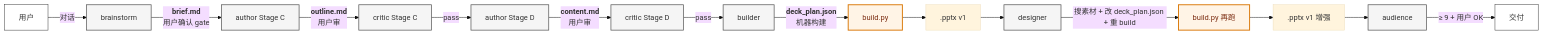
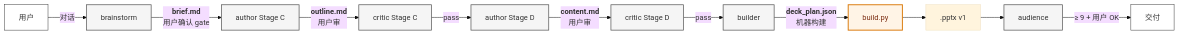
One commit to pcliangx/iLovePPT changed the ninth of 11 diagrams in docs/agent-internals.zh.md. Above: the diagram before and after it, drawn with Mermaid (base theme). The commit also changed other lines of this file and 8 other files, not shown here.

````diff
--- a/docs/agent-internals.zh.md
+++ b/docs/agent-internals.zh.md
@@ -584,25 +531,22 @@
 ```mermaid
 flowchart LR
     U[用户] -->|对话| BS[brainstorm]
     BS -->|<b>brief.md</b><br/>用户确认 gate| AU1[author Stage C]
     AU1 -->|<b>outline.md</b><br/>用户审| CR1[critic Stage C]
     CR1 -->|pass| AU2[author Stage D]
     AU2 -->|<b>content.md</b><br/>用户审| CR2[critic Stage D]
     CR2 -->|pass| BD[builder]
     BD -->|<b>deck_plan.json</b><br/>机器构建| BP[build.py]
     BP --> PPTX1[.pptx v1]
-    PPTX1 --> DS[designer]
-    DS -->|搜素材 + 改 deck_plan.json + 重 build| BP2[build.py 再跑]
-    BP2 --> PPTX2[.pptx v1 增强]
-    PPTX2 --> AD[audience]
+    PPTX1 --> AD[audience]
     AD -->|≥ 9 + 用户 OK| DL[交付]
 
     classDef u fill:#FFF,stroke:#333
     classDef interface fill:#E6F0FC,stroke:#1E6FE0,stroke-width:2px,color:#0B2A4A
     classDef agent fill:#F5F5F5,stroke:#555,stroke-width:1.5px
     classDef tool fill:#FFF4E6,stroke:#D97706,stroke-width:2px,color:#7C2D12
 
     class U,DL u
     class BS,AU1,AU2,CR1,CR2,BD,DS,AD agent
     class BP,BP2 tool
 ```
````
